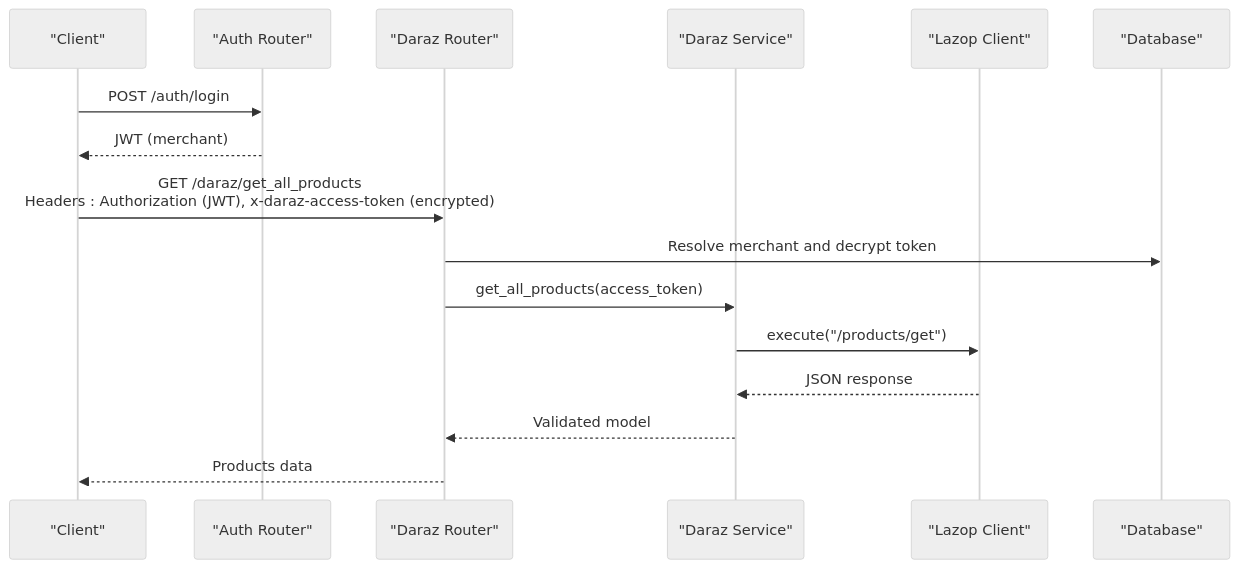
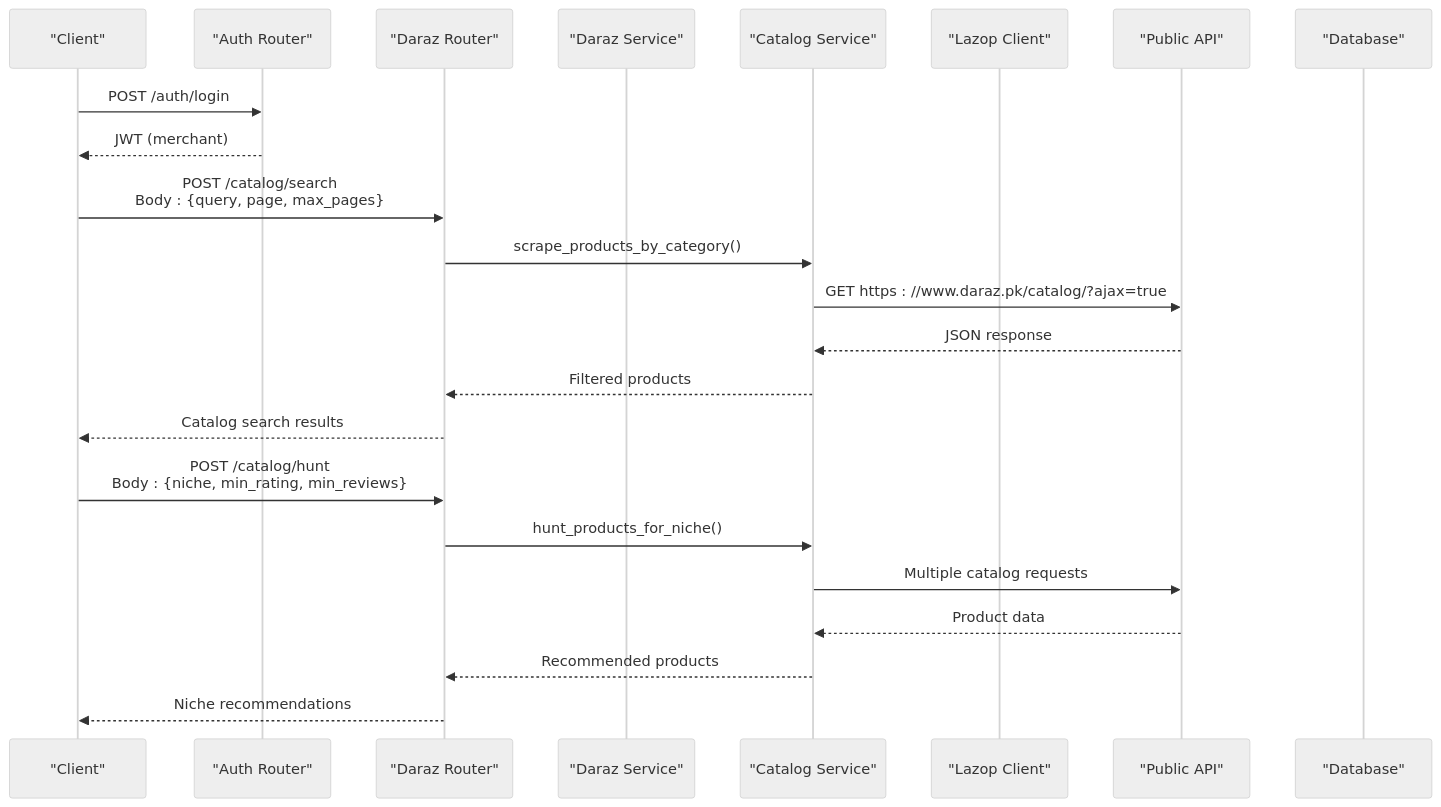
The second of 5 diagrams in .qoder/repowiki/en/content/API Reference/Marketplace Integration API/Daraz Integration API.md (Muhammad-Masood/tijarah-ai-backend), drawn with Mermaid (neutral theme) before and after one commit. The commit also changed other lines of this file and 20 other files, not shown here.

Commit message:
Enhance Daraz integration with new catalog search and product hunting endpoints; update Makefile for local server host configuration. Added primary category name enrichment in product models and improved API documentation.

````diff
--- a/.qoder/repowiki/en/content/API Reference/Marketplace Integration API/Daraz Integration API.md
+++ b/.qoder/repowiki/en/content/API Reference/Marketplace Integration API/Daraz Integration API.md
@@ -117,18 +135,25 @@
 ```mermaid
 sequenceDiagram
 participant C as "Client"
 participant A as "Auth Router"
 participant D as "Daraz Router"
 participant S as "Daraz Service"
+participant CS as "Catalog Service"
 participant L as "Lazop Client"
+participant PA as "Public API"
 participant DB as "Database"
 C->>A : POST /auth/login
 A-->>C : JWT (merchant)
-C->>D : GET /daraz/get_all_products<br/>Headers : Authorization (JWT), x-daraz-access-token (encrypted)
-D->>DB : Resolve merchant and decrypt token
-D->>S : get_all_products(access_token)
-S->>L : execute("/products/get")
-L-->>S : JSON response
-S-->>D : Validated model
-D-->>C : Products data
+C->>D : POST /catalog/search<br/>Body : {query, page, max_pages}
+D->>CS : scrape_products_by_category()
+CS->>PA : GET https : //www.daraz.pk/catalog/?ajax=true
+PA-->>CS : JSON response
+CS-->>D : Filtered products
+D-->>C : Catalog search results
+C->>D : POST /catalog/hunt<br/>Body : {niche, min_rating, min_reviews}
+D->>CS : hunt_products_for_niche()
+CS->>PA : Multiple catalog requests
+PA-->>CS : Product data
+CS-->>D : Recommended products
+D-->>C : Niche recommendations
 ```
````
